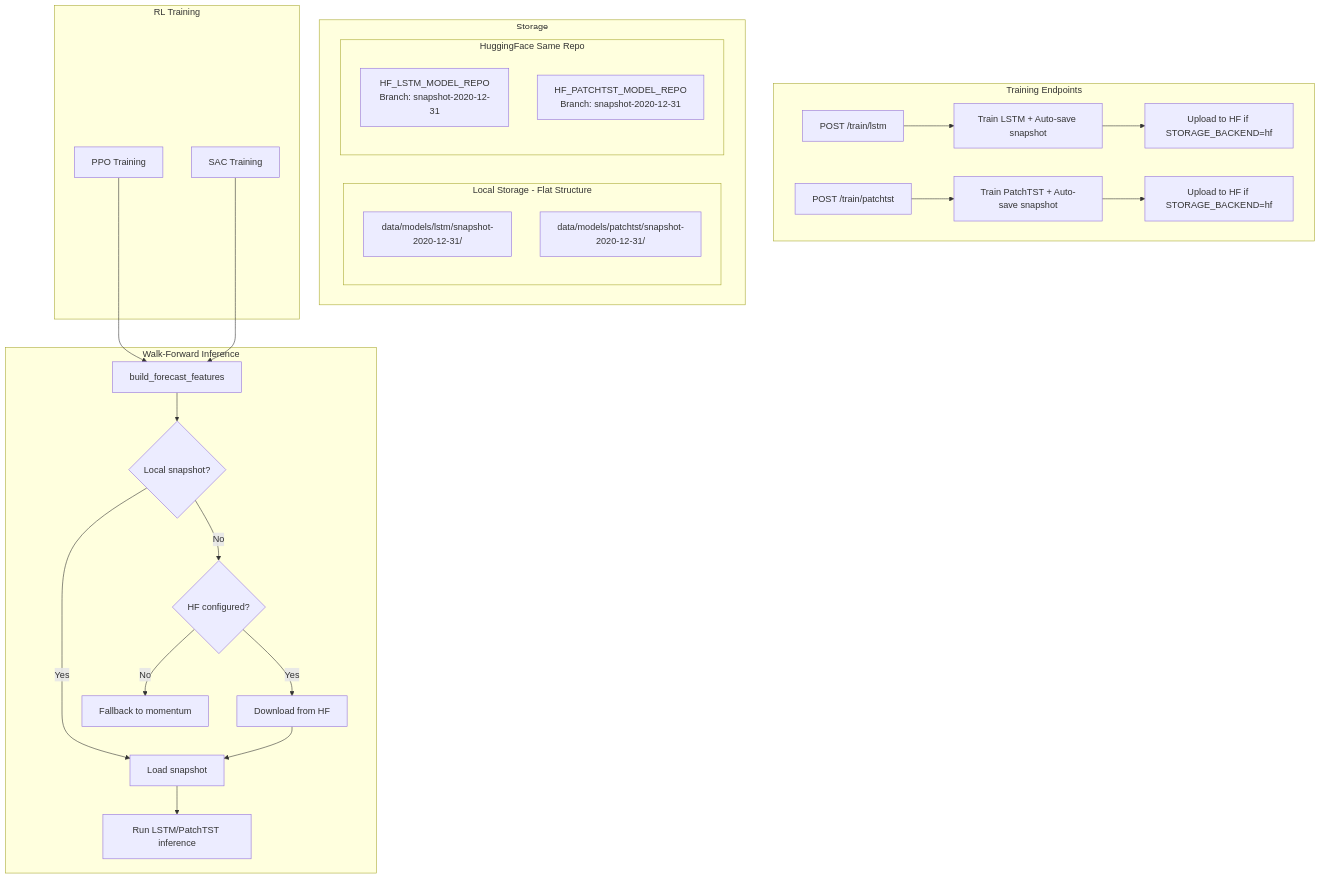
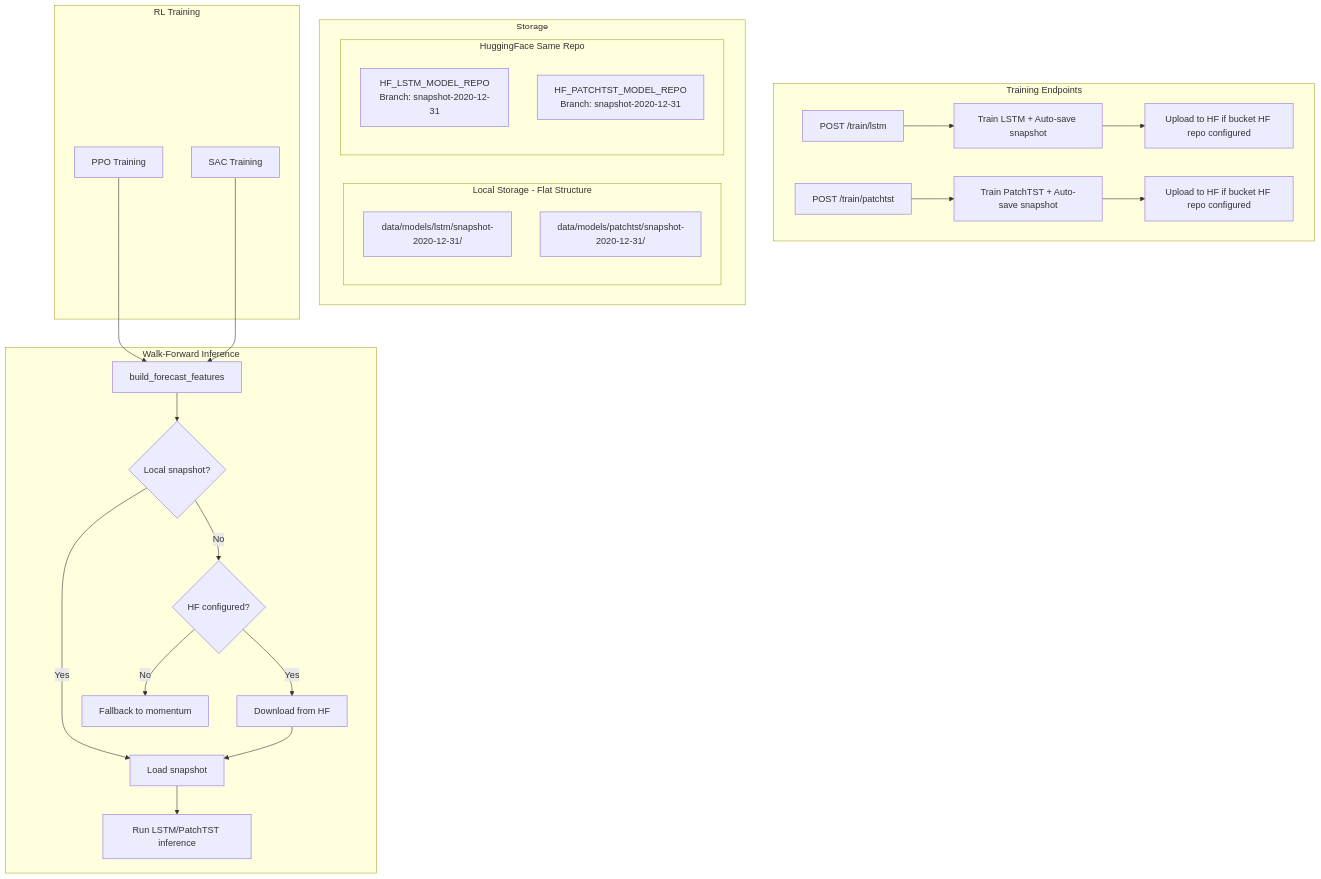
The diagram in brain_api/docs/forecaster_snapshots.md (hajirazin/LearnFinance-2025), drawn with Mermaid before and after one commit. The commit also changed other lines of this file and 40 other files, not shown here.

````diff
--- a/brain_api/docs/forecaster_snapshots.md
+++ b/brain_api/docs/forecaster_snapshots.md
@@ -14,35 +14,35 @@
 ```mermaid
 flowchart TB
     subgraph training [Training Endpoints]
         A[POST /train/lstm] --> B[Train LSTM + Auto-save snapshot]
         C[POST /train/patchtst] --> D[Train PatchTST + Auto-save snapshot]
-        B --> E[Upload to HF if STORAGE_BACKEND=hf]
-        D --> F[Upload to HF if STORAGE_BACKEND=hf]
+        B --> E[Upload to HF if bucket HF repo configured]
+        D --> F[Upload to HF if bucket HF repo configured]
     end
     
     subgraph storage [Storage]
         subgraph local [Local Storage - Flat Structure]
             G[data/models/lstm/snapshot-2020-12-31/]
             H[data/models/patchtst/snapshot-2020-12-31/]
         end
         subgraph hf [HuggingFace Same Repo]
             I[HF_LSTM_MODEL_REPO<br/>Branch: snapshot-2020-12-31]
             J[HF_PATCHTST_MODEL_REPO<br/>Branch: snapshot-2020-12-31]
         end
     end
     
     subgraph walkforward [Walk-Forward Inference]
         K[build_forecast_features] --> L{Local snapshot?}
         L -->|Yes| M[Load snapshot]
         L -->|No| N{HF configured?}
         N -->|Yes| O[Download from HF]
         N -->|No| P[Fallback to momentum]
         O --> M
         M --> Q[Run LSTM/PatchTST inference]
     end
     
     subgraph rl [RL Training]
         R[PPO Training] --> K
         S[SAC Training] --> K
     end
 ```
````
